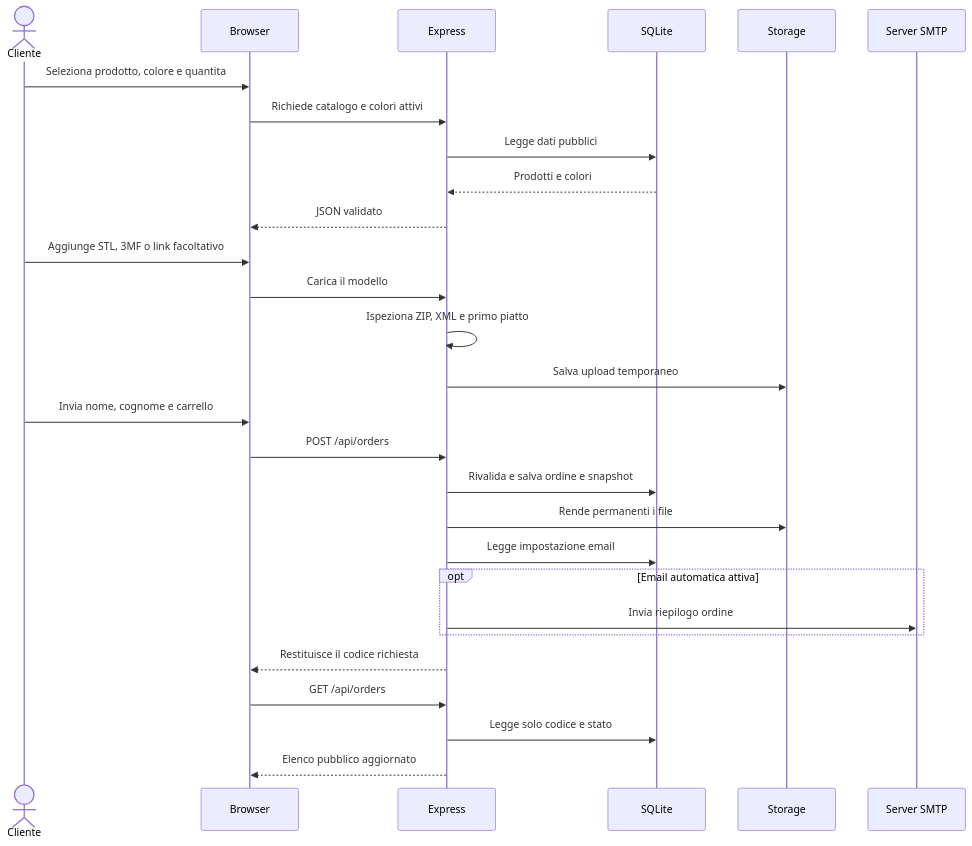
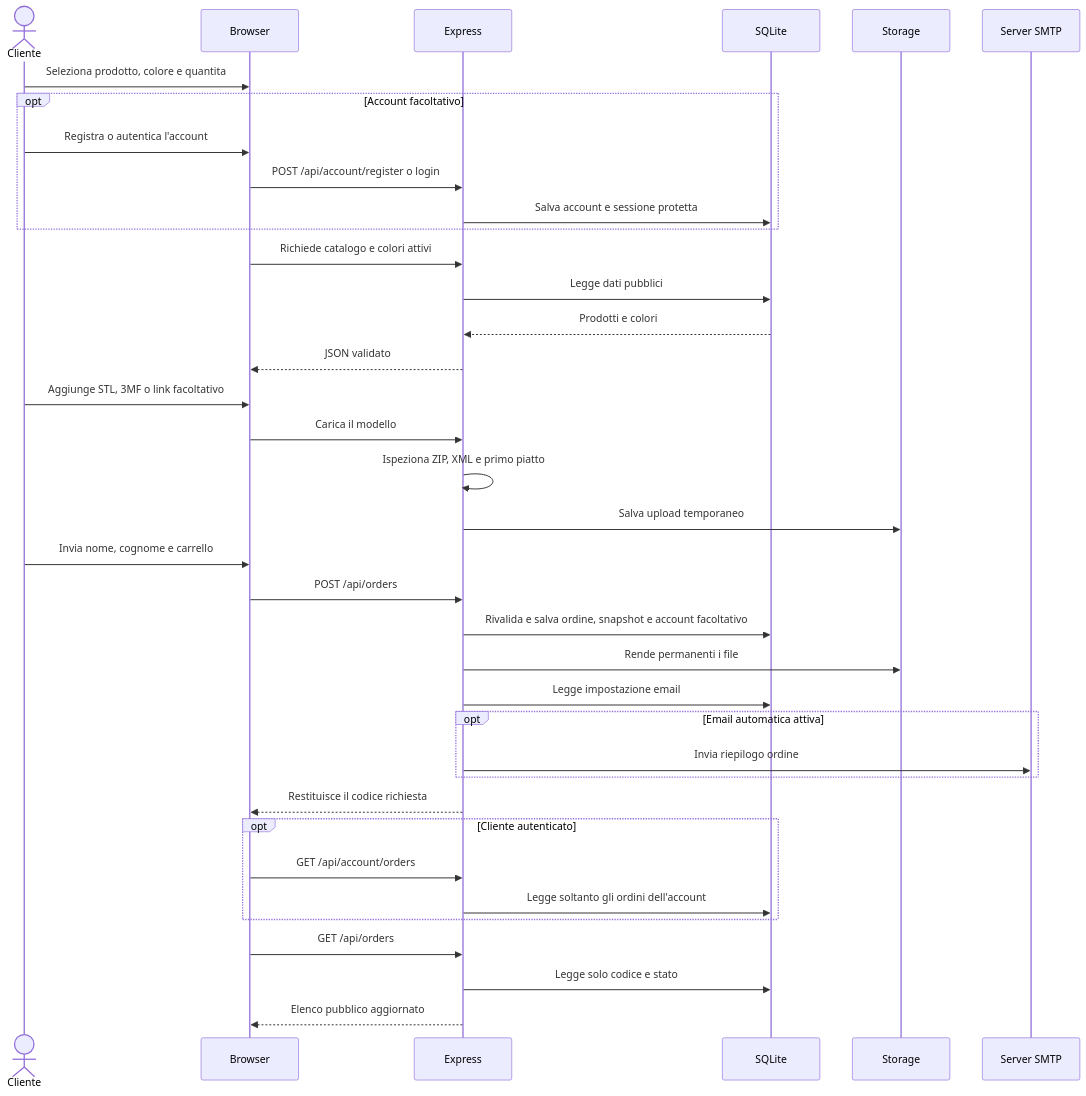
One commit to Moffoletta/pixel-print-lab changed the third of 4 diagrams in docs/ARCHITETTURA.md. Above: the diagram before and after it, drawn with Mermaid. The commit also changed other lines of this file and 19 other files, not shown here.

````diff
--- a/docs/ARCHITETTURA.md
+++ b/docs/ARCHITETTURA.md
@@ -132,31 +144,40 @@
 ```mermaid
 sequenceDiagram
   actor C as Cliente
   participant B as Browser
   participant E as Express
   participant D as SQLite
   participant S as Storage
   participant M as Server SMTP
 
   C->>B: Seleziona prodotto, colore e quantita
+  opt Account facoltativo
+    C->>B: Registra o autentica l'account
+    B->>E: POST /api/account/register o login
+    E->>D: Salva account e sessione protetta
+  end
   B->>E: Richiede catalogo e colori attivi
   E->>D: Legge dati pubblici
   D-->>E: Prodotti e colori
   E-->>B: JSON validato
   C->>B: Aggiunge STL, 3MF o link facoltativo
   B->>E: Carica il modello
   E->>E: Ispeziona ZIP, XML e primo piatto
   E->>S: Salva upload temporaneo
   C->>B: Invia nome, cognome e carrello
   B->>E: POST /api/orders
-  E->>D: Rivalida e salva ordine e snapshot
+  E->>D: Rivalida e salva ordine, snapshot e account facoltativo
   E->>S: Rende permanenti i file
   E->>D: Legge impostazione email
   opt Email automatica attiva
     E->>M: Invia riepilogo ordine
   end
   E-->>B: Restituisce il codice richiesta
+  opt Cliente autenticato
+    B->>E: GET /api/account/orders
+    E->>D: Legge soltanto gli ordini dell'account
+  end
   B->>E: GET /api/orders
   E->>D: Legge solo codice e stato
   E-->>B: Elenco pubblico aggiornato
 ```
````
